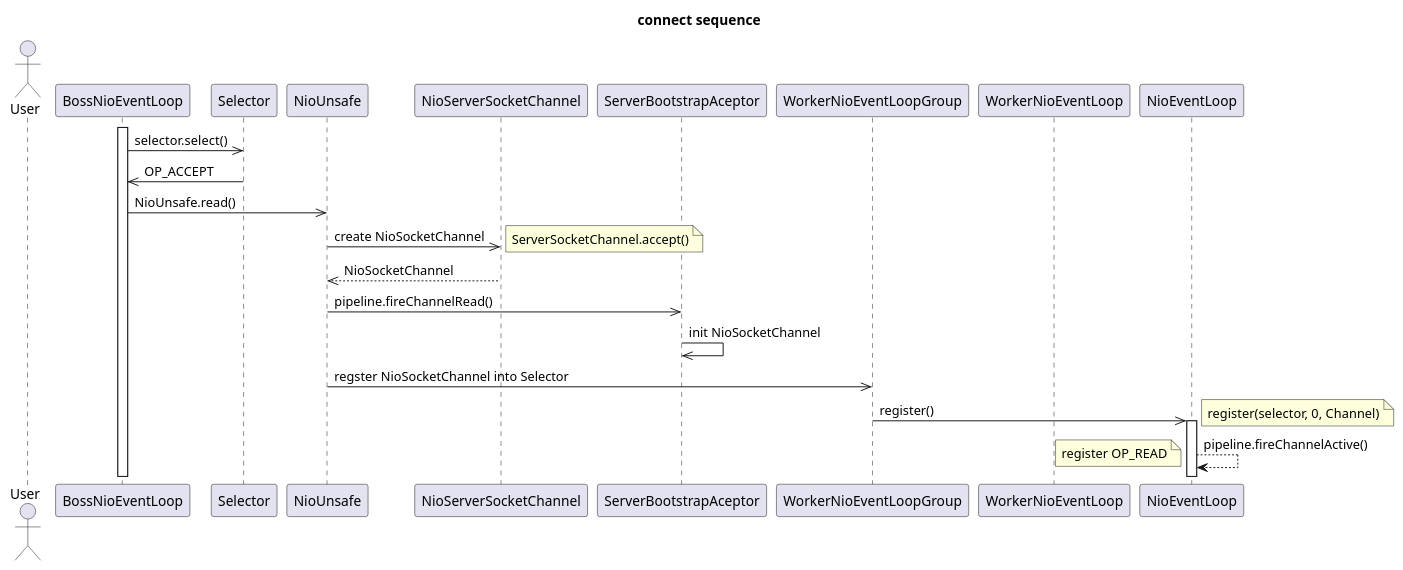
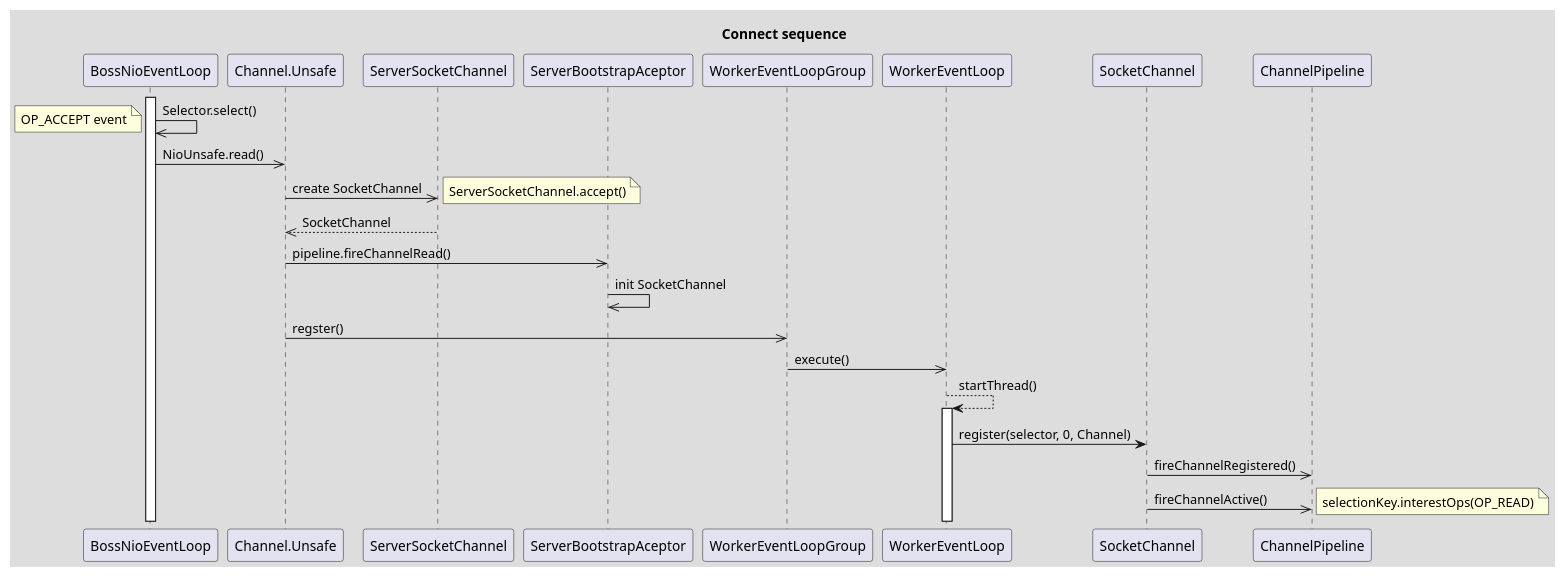
One commit to Robinpig/Note changed the second of 5 diagrams in docs/CS/Java/Netty/Netty.md. Above: the diagram before and after it, drawn with PlantUML. The commit also changed other lines of this file, not shown here.

Commit message:
sequence

````diff
--- a/docs/CS/Java/Netty/Netty.md
+++ b/docs/CS/Java/Netty/Netty.md
@@ -82,27 +98,30 @@
 ```plantuml
-title: connect sequence
-actor User
+skinparam backgroundColor #DDDDDD
+
+title: Connect sequence
 participant BossNioEventLoop as bg
-participant Selector as sr
-participant NioUnsafe as us
-participant NioServerSocketChannel as sc
+participant Channel.Unsafe as us
+participant ServerSocketChannel as sc
 participant ServerBootstrapAceptor as sa
-participant WorkerNioEventLoopGroup as wg
-participant WorkerNioEventLoop as wl
-participant NioEventLoop as el
+participant WorkerEventLoopGroup as wg
+participant WorkerEventLoop as el
+participant SocketChannel as sl
+participant ChannelPipeline as pipe
 activate bg
-bg ->> sr: selector.select()
-sr ->> bg: OP_ACCEPT
+bg ->> bg: Selector.select()
+note left: OP_ACCEPT event
 bg ->> us: NioUnsafe.read()
-us ->> sc: create NioSocketChannel
+us ->> sc: create SocketChannel
 note right: ServerSocketChannel.accept()
-sc -->> us: NioSocketChannel
+sc -->> us: SocketChannel
 us ->> sa: pipeline.fireChannelRead()
-sa ->> sa: init NioSocketChannel
-us ->> wg: regster NioSocketChannel into Selector
-wg ->> el: register()
+sa ->> sa: init SocketChannel
+us ->> wg: regster()
+wg ->> el: execute()
+el --> el: startThread()
 activate el
-note right: register(selector, 0, Channel)
-el --> el: pipeline.fireChannelActive()
-note left: register OP_READ
+el -> sl: register(selector, 0, Channel)
+sl ->> pipe: fireChannelRegistered()
+sl ->> pipe: fireChannelActive()
+note right: selectionKey.interestOps(OP_READ)
 ```
````
